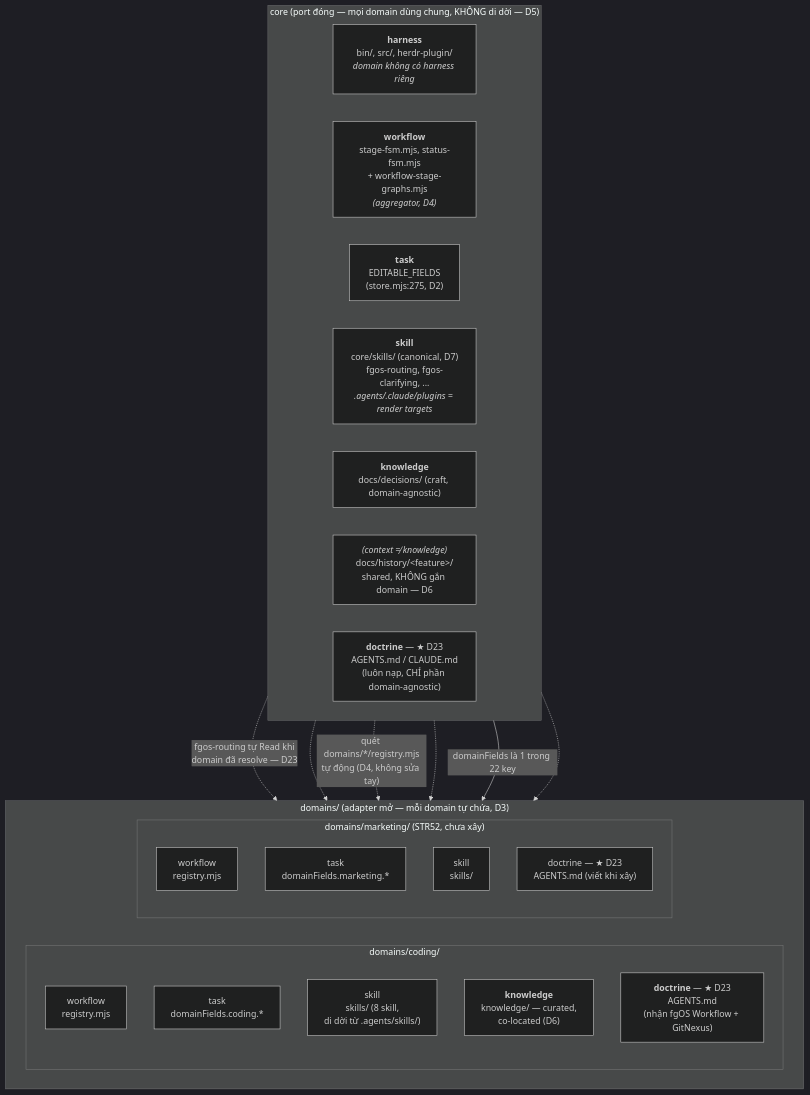
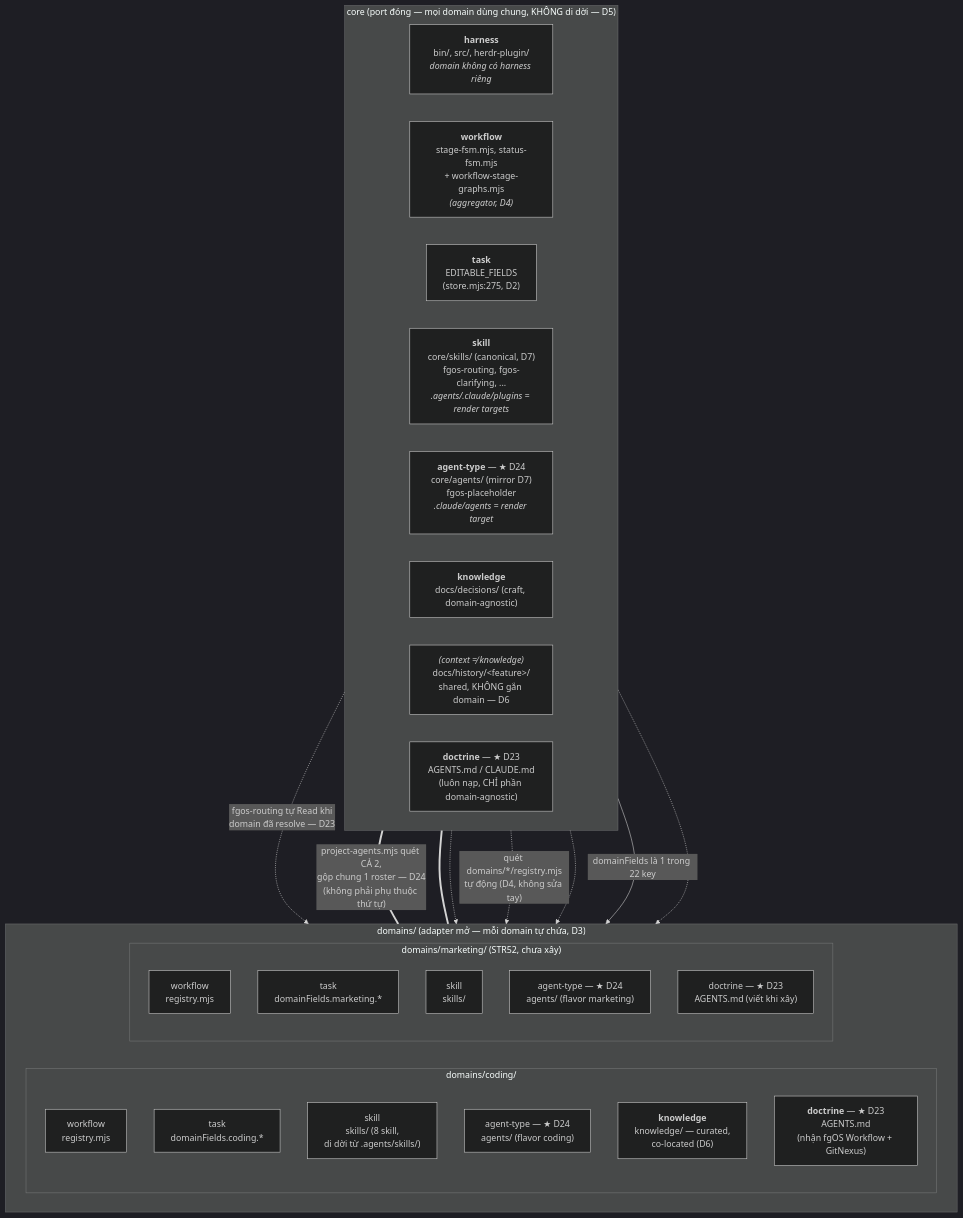
One commit to vantt/forgent changed the first of 3 diagrams in docs/history/core-foundation-domain-boundary/DISCUSSION.md. Above: the diagram before and after it, drawn with Mermaid (dark theme). The commit also changed other lines of this file, not shown here.

Commit message:
docs(tsk-397): lock D24 -- agents/*.yaml splits core/agents+domains/*/agents mirroring skill's D7, mint task-agent-domain-split; all open questions from this discussion now resolved

````diff
--- a/docs/history/core-foundation-domain-boundary/DISCUSSION.md
+++ b/docs/history/core-foundation-domain-boundary/DISCUSSION.md
@@ -697,40 +727,45 @@
 ```mermaid
 flowchart TB
     subgraph CORE["core (port đóng — mọi domain dùng chung, KHÔNG di dời — D5)"]
         direction LR
         harness_core["<b>harness</b><br/>bin/, src/, herdr-plugin/<br/><i>domain không có harness riêng</i>"]
         workflow_core["<b>workflow</b><br/>stage-fsm.mjs, status-fsm.mjs<br/>+ workflow-stage-graphs.mjs<br/><i>(aggregator, D4)</i>"]
         task_core["<b>task</b><br/>EDITABLE_FIELDS<br/>(store.mjs:275, D2)"]
         skill_core["<b>skill</b><br/>core/skills/ (canonical, D7)<br/>fgos-routing, fgos-clarifying, ...<br/><i>.agents/.claude/plugins = render targets</i>"]
+        agent_core["<b>agent-type</b> — ★ D24<br/>core/agents/ (mirror D7)<br/>fgos-placeholder<br/><i>.claude/agents = render target</i>"]
         knowledge_core["<b>knowledge</b><br/>docs/decisions/ (craft, domain-agnostic)"]
         context_core["<i>(context ≠ knowledge)</i><br/>docs/history/&lt;feature&gt;/<br/>shared, KHÔNG gắn domain — D6"]
         doctrine_core["<b>doctrine</b> — ★ D23<br/>AGENTS.md / CLAUDE.md<br/>(luôn nạp, CHỈ phần domain-agnostic)"]
     end
 
     subgraph DOMAINS["domains/ (adapter mở — mỗi domain tự chứa, D3)"]
         direction LR
         subgraph CODING["domains/coding/"]
             direction TB
             wf_c["workflow<br/>registry.mjs"]
             tk_c["task<br/>domainFields.coding.*"]
             sk_c["skill<br/>skills/ (8 skill,<br/>di dời từ .agents/skills/)"]
+            ag_c["agent-type — ★ D24<br/>agents/ (flavor coding)"]
             kn_c["<b>knowledge</b><br/>knowledge/ — curated,<br/>co-located (D6)"]
             dc_c["<b>doctrine</b> — ★ D23<br/>AGENTS.md<br/>(nhận fgOS Workflow + GitNexus)"]
         end
         subgraph MARKETING["domains/marketing/ (STR52, chưa xây)"]
             direction TB
             wf_m["workflow<br/>registry.mjs"]
             tk_m["task<br/>domainFields.marketing.*"]
             sk_m["skill<br/>skills/"]
+            ag_m["agent-type — ★ D24<br/>agents/ (flavor marketing)"]
             dc_m["doctrine — ★ D23<br/>AGENTS.md (viết khi xây)"]
         end
     end
 
     doctrine_core -. "fgos-routing tự Read khi<br/>domain đã resolve — D23" .-> dc_c
+    agent_core === |"project-agents.mjs quét CẢ 2,<br/>gộp chung 1 roster — D24<br/>(không phải phụ thuộc thứ tự)"| ag_c
+    agent_core === ag_m
     doctrine_core -.-> dc_m
 
     workflow_core -. "quét domains/*/registry.mjs<br/>tự động (D4, không sửa tay)" .-> wf_c
     workflow_core -.-> wf_m
     task_core -- "domainFields là 1 trong 22 key" --> tk_c
     task_core -.-> tk_m
 ```
````
